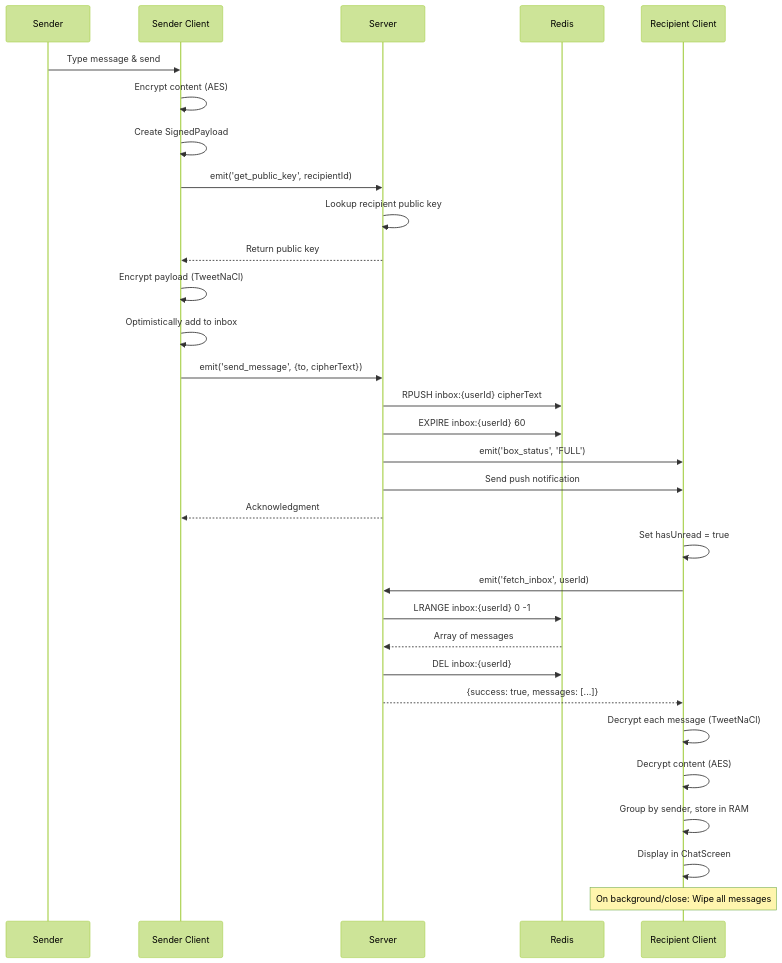
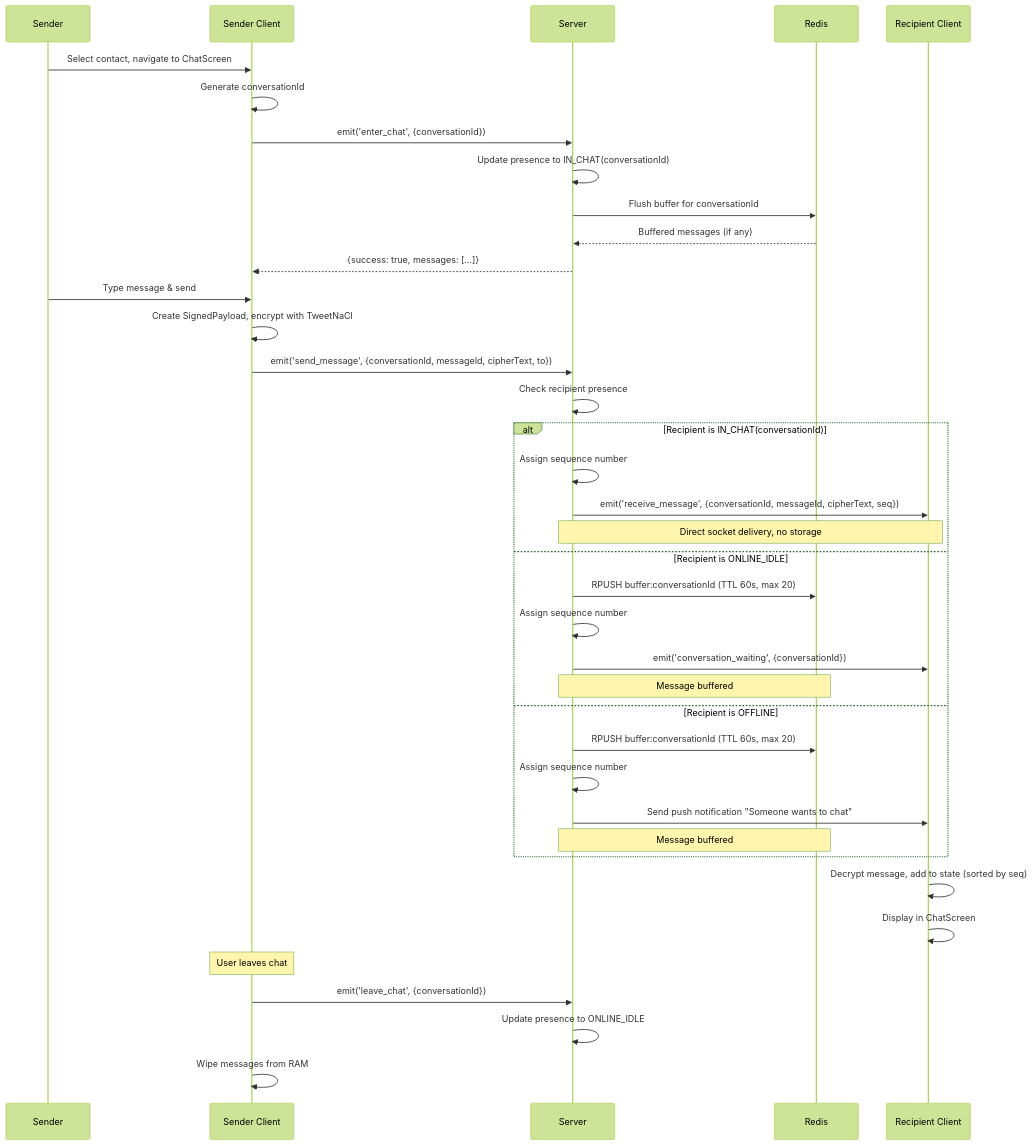
One commit to bwakea77/purple-box changed the second of 3 diagrams in PROJECT_DOCUMENTATION.md. Above: the diagram before and after it, drawn with Mermaid (forest theme). The commit also changed other lines of this file and 15 other files, not shown here.

````diff
--- a/PROJECT_DOCUMENTATION.md
+++ b/PROJECT_DOCUMENTATION.md
@@ -134,34 +152,45 @@
 ```mermaid
 sequenceDiagram
     participant Sender
     participant SC as Sender Client
     participant Server
     participant Redis
     participant RC as Recipient Client
 
+    Sender->>SC: Select contact, navigate to ChatScreen
+    SC->>SC: Generate conversationId
+    SC->>Server: emit('enter_chat', {conversationId})
+    Server->>Server: Update presence to IN_CHAT(conversationId)
+    Server->>Redis: Flush buffer for conversationId
+    Redis-->>Server: Buffered messages (if any)
+    Server-->>SC: {success: true, messages: [...]}
+    
     Sender->>SC: Type message & send
-    SC->>SC: Encrypt content (AES)
-    SC->>SC: Create SignedPayload
-    SC->>Server: emit('get_public_key', recipientId)
-    Server->>Server: Lookup recipient public key
-    Server-->>SC: Return public key
-    SC->>SC: Encrypt payload (TweetNaCl)
-    SC->>SC: Optimistically add to inbox
-    SC->>Server: emit('send_message', {to, cipherText})
-    Server->>Redis: RPUSH inbox:{userId} cipherText
-    Server->>Redis: EXPIRE inbox:{userId} 60
-    Server->>RC: emit('box_status', 'FULL')
-    Server->>RC: Send push notification
-    Server-->>SC: Acknowledgment
-    RC->>RC: Set hasUnread = true
-    RC->>Server: emit('fetch_inbox', userId)
-    Server->>Redis: LRANGE inbox:{userId} 0 -1
-    Redis-->>Server: Array of messages
-    Server->>Redis: DEL inbox:{userId}
-    Server-->>RC: {success: true, messages: [...]}
-    RC->>RC: Decrypt each message (TweetNaCl)
-    RC->>RC: Decrypt content (AES)
-    RC->>RC: Group by sender, store in RAM
+    SC->>SC: Create SignedPayload, encrypt with TweetNaCl
+    SC->>Server: emit('send_message', {conversationId, messageId, cipherText, to})
+    Server->>Server: Check recipient presence
+    
+    alt Recipient is IN_CHAT(conversationId)
+        Server->>Server: Assign sequence number
+        Server->>RC: emit('receive_message', {conversationId, messageId, cipherText, seq})
+        Note over Server,RC: Direct socket delivery, no storage
+    else Recipient is ONLINE_IDLE
+        Server->>Redis: RPUSH buffer:conversationId (TTL 60s, max 20)
+        Server->>Server: Assign sequence number
+        Server->>RC: emit('conversation_waiting', {conversationId})
+        Note over Server,Redis: Message buffered
+    else Recipient is OFFLINE
+        Server->>Redis: RPUSH buffer:conversationId (TTL 60s, max 20)
+        Server->>Server: Assign sequence number
+        Server->>RC: Send push notification "Someone wants to chat"
+        Note over Server,Redis: Message buffered
+    end
+    
+    RC->>RC: Decrypt message, add to state (sorted by seq)
     RC->>RC: Display in ChatScreen
-    Note over RC: On background/close: Wipe all messages
+    
+    Note over SC: User leaves chat
+    SC->>Server: emit('leave_chat', {conversationId})
+    Server->>Server: Update presence to ONLINE_IDLE
+    SC->>SC: Wipe messages from RAM
 ```
````
